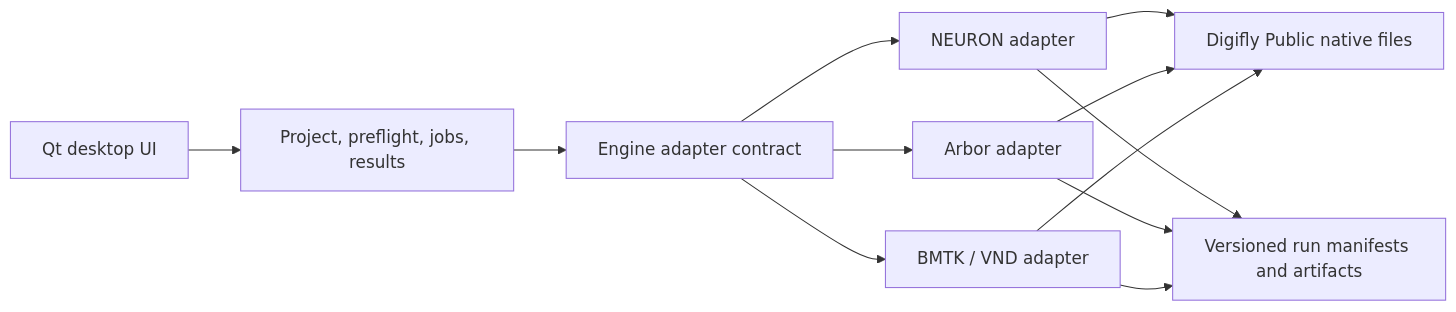
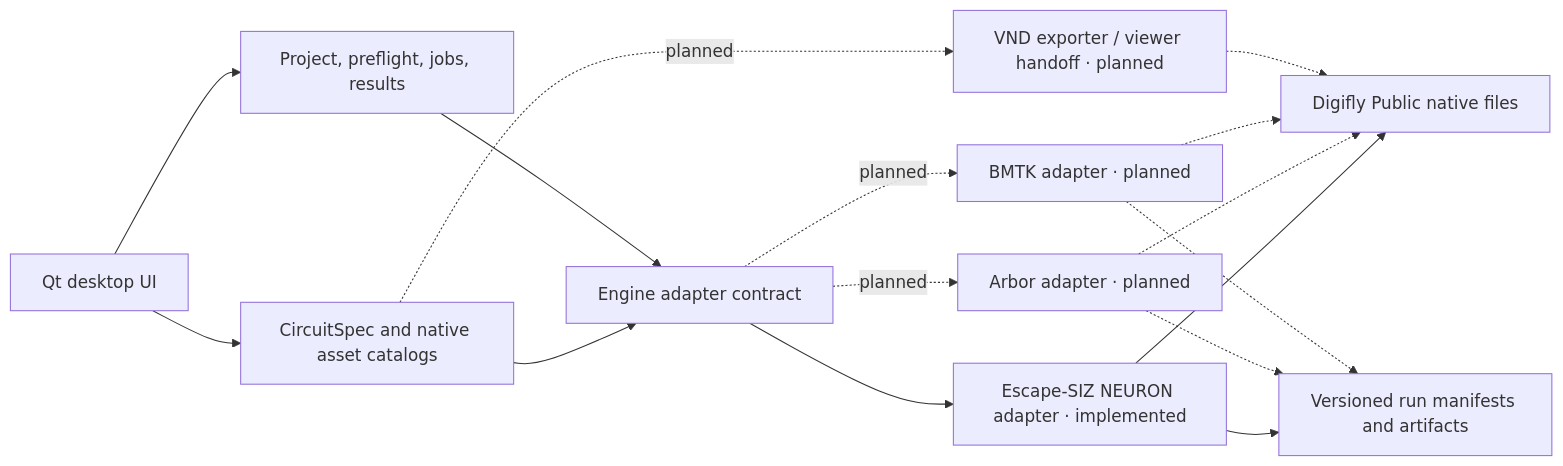
One commit to Saint-Sam/Digifly-Application changed the diagram in docs/ARCHITECTURE.md. Above: the diagram before and after it, drawn with Mermaid. The commit also changed other lines of this file and 17 other files, not shown here.

````diff
--- a/docs/ARCHITECTURE.md
+++ b/docs/ARCHITECTURE.md
@@ -13,14 +17,18 @@
 ```mermaid
 flowchart LR
-    UI[Qt desktop UI] --> CORE[Project, preflight, jobs, results]
+    UI[Qt desktop UI] --> DESIGN[CircuitSpec and native asset catalogs]
+    UI --> CORE[Project, preflight, jobs, results]
+    DESIGN --> CONTRACT
     CORE --> CONTRACT[Engine adapter contract]
-    CONTRACT --> N[NEURON adapter]
-    CONTRACT --> A[Arbor adapter]
-    CONTRACT --> B[BMTK / VND adapter]
+    CONTRACT --> N[Escape-SIZ NEURON adapter · implemented]
+    CONTRACT -. planned .-> A[Arbor adapter · planned]
+    CONTRACT -. planned .-> B[BMTK adapter · planned]
+    DESIGN -. planned .-> V[VND exporter / viewer handoff · planned]
     N --> DP[Digifly Public native files]
-    A --> DP
-    B --> DP
+    A -.-> DP
+    B -.-> DP
+    V -.-> DP
     N --> RUNS[Versioned run manifests and artifacts]
-    A --> RUNS
-    B --> RUNS
+    A -.-> RUNS
+    B -.-> RUNS
 ```
````
